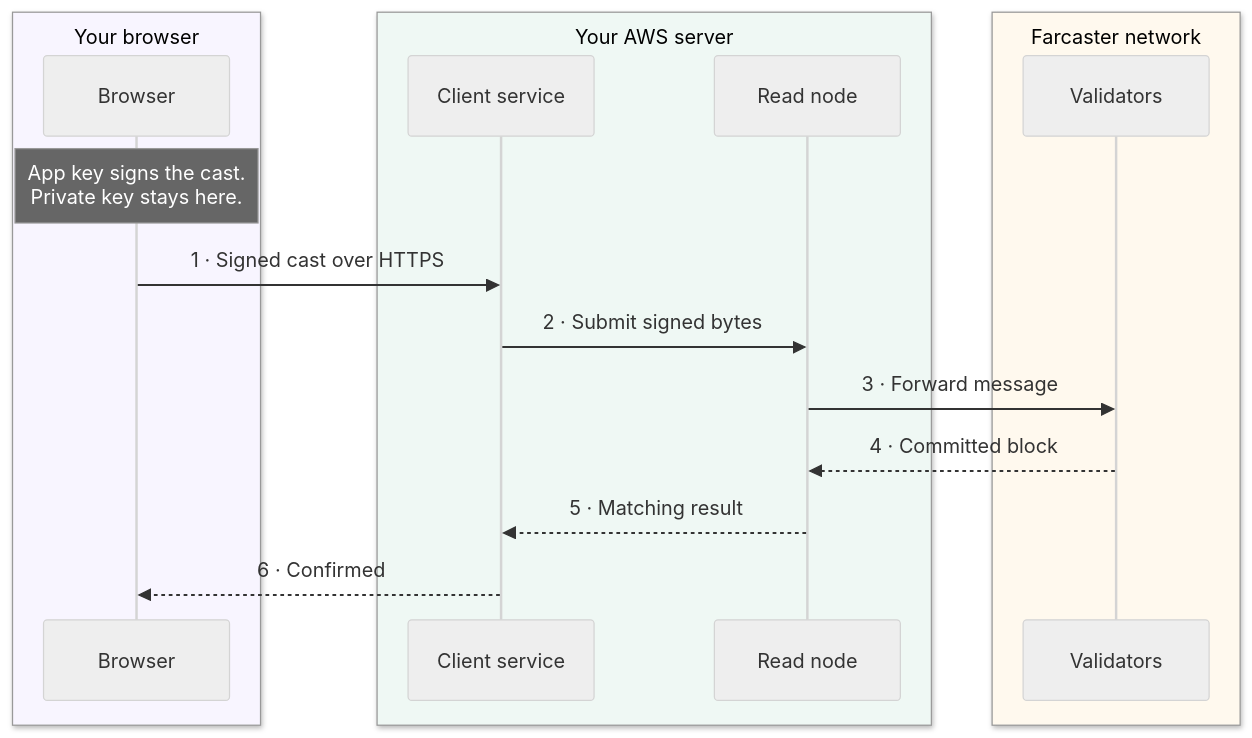
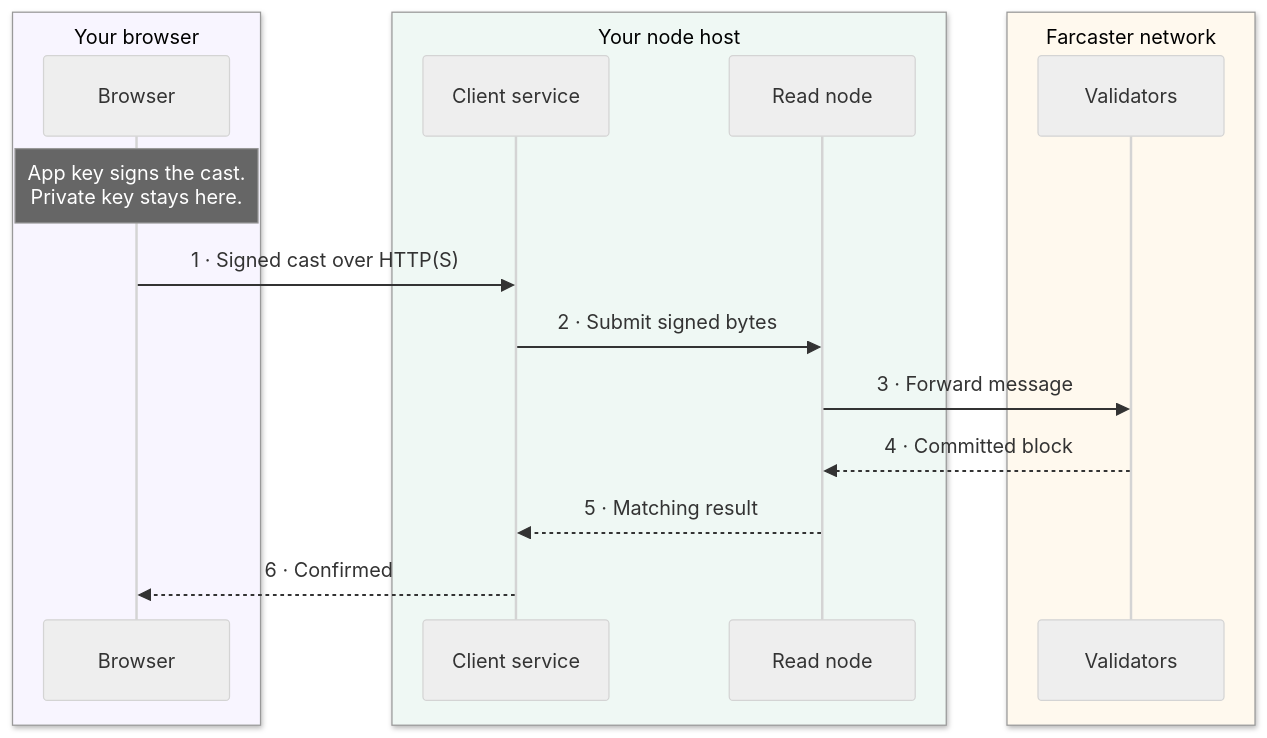
The diagram in site/diagrams/write-desktop.mmd (vrajdesai78/farcaster-bounty), drawn with Mermaid (neutral theme) before and after one commit. The commit also changed 25 other files, not shown here.

```diff
--- a/site/diagrams/write-desktop.mmd
+++ b/site/diagrams/write-desktop.mmd
@@ -1,20 +1,20 @@
 sequenceDiagram
 accTitle: Publishing and confirming a cast
 accDescr: An app key signs a cast in the browser. Signed bytes go through the client service and read node to validators. The committed result returns before the client confirms.
 box rgb(248,245,255) Your browser
 participant B as Browser
 end
-box rgb(239,248,244) Your AWS server
+box rgb(239,248,244) Your node host
 participant C as Client service
 participant S as Read node
 end
 box rgb(255,249,238) Farcaster network
 participant V as Validators
 end
 Note over B: App key signs the cast.<br/>Private key stays here.
-B->>C: 1 · Signed cast over HTTPS
+B->>C: 1 · Signed cast over HTTP(S)
 C->>S: 2 · Submit signed bytes
 S->>V: 3 · Forward message
 V-->>S: 4 · Committed block
 S-->>C: 5 · Matching result
 C-->>B: 6 · Confirmed
```
